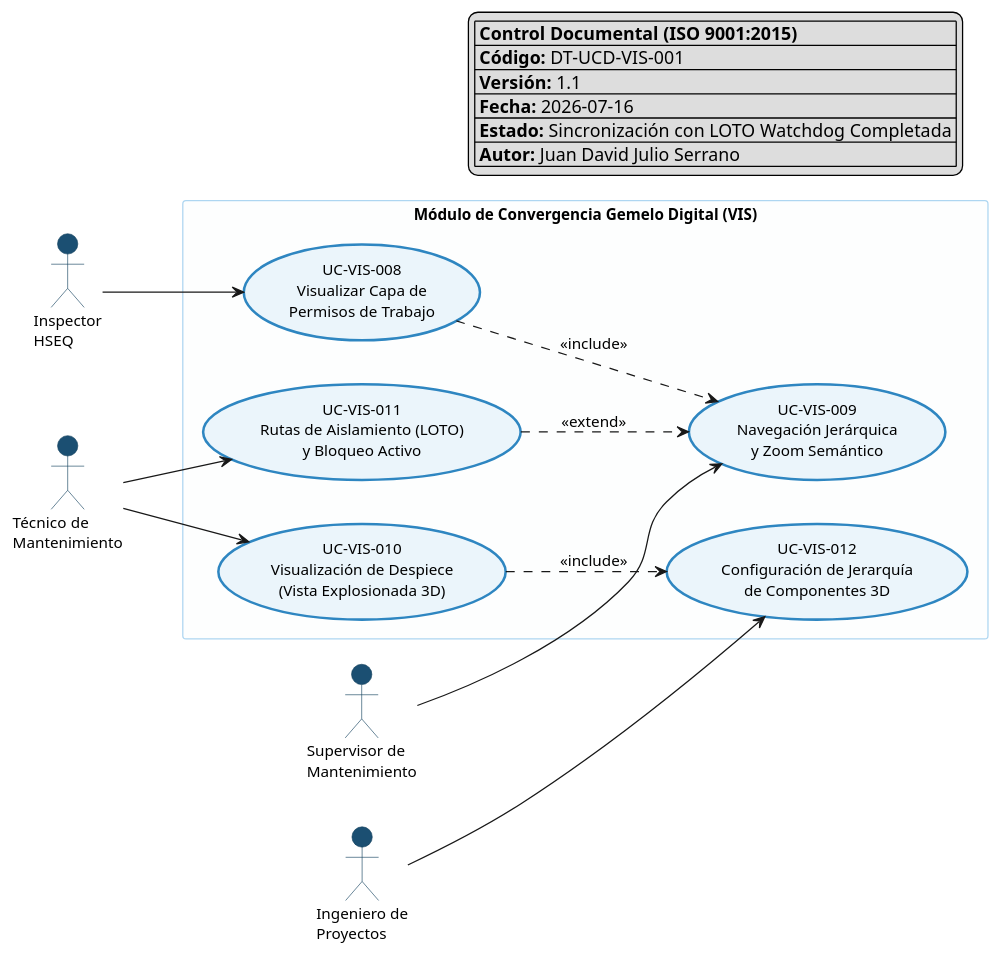
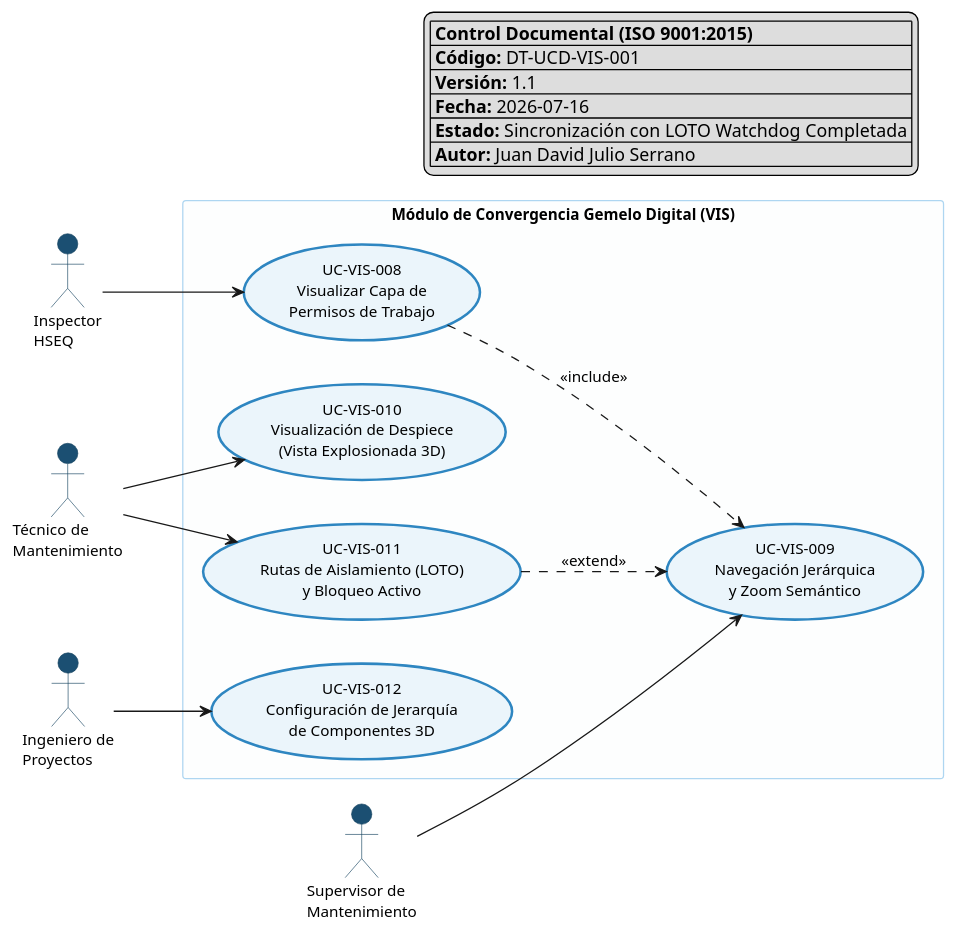
The diagram in domain-models/use-cases/vis/vis-use-cases.puml (Novav20/adso-dteam-docs), drawn with PlantUML before and after one commit. The commit also changed 5 other files, not shown here.

Commit message:
docs(use-cases): fix inconsistencies in mtto, inv and vis use case diagrams

```diff
--- a/domain-models/use-cases/vis/vis-use-cases.puml
+++ b/domain-models/use-cases/vis/vis-use-cases.puml
@@ -1,66 +1,65 @@
 @startuml VIS-UseCases
 skinparam packageStyle rectangle
 left to right direction
 
 ' --- CONFIGURACIÓN VISUAL ---
 skinparam usecase {
   BackgroundColor #EBF5FB
   BorderColor #2E86C1
   BorderThickness 2
   FontName Segoe UI
   FontSize 12
 }
 skinparam actor {
   BackgroundColor #1B4F72
   BorderColor #154360
   FontName Segoe UI
   FontSize 11
 }
 skinparam package {
   BackgroundColor #FDFEFE
   BorderColor #AED6F1
   FontName Segoe UI
   FontSize 13
   FontStyle bold
 }
 skinparam defaultFontName "Segoe UI"
 skinparam defaultFontSize 12
 
 legend top right
 |= Control Documental (ISO 9001:2015) |
 | **Código:** DT-UCD-VIS-001 |
 | **Versión:** 1.1 |
 | **Fecha:** 2026-07-16 |
 | **Estado:** Sincronización con LOTO Watchdog Completada |
 | **Autor:** Juan David Julio Serrano |
 endlegend
 
 ' --- ACTORES ---
 actor "Inspector\nHSEQ" as HSEQ #1B4F72
 actor "Técnico de\nMantenimiento" as Tecnico #1B4F72
 actor "Supervisor de\nMantenimiento" as Supervisor #1B4F72
 actor "Ingeniero de\nProyectos" as Ingeniero #1B4F72
 
 ' --- PAQUETE PRINCIPAL ---
 package "Módulo de Convergencia Gemelo Digital (VIS)" {
 
   usecase "UC-VIS-008\nVisualizar Capa de\nPermisos de Trabajo" as UCVIS008 #EBF5FB
   usecase "UC-VIS-009\nNavegación Jerárquica\ny Zoom Semántico" as UCVIS009 #EBF5FB
   usecase "UC-VIS-010\nVisualización de Despiece\n(Vista Explosionada 3D)" as UCVIS010 #EBF5FB
   usecase "UC-VIS-011\nRutas de Aislamiento (LOTO)\ny Bloqueo Activo" as UCVIS011 #EBF5FB
   usecase "UC-VIS-012\nConfiguración de Jerarquía\nde Componentes 3D" as UCVIS012 #EBF5FB
 }
 
 ' --- RELACIONES ACTOR - CASO DE USO ---
 HSEQ --> UCVIS008
 Supervisor --> UCVIS009
 Tecnico --> UCVIS010
 Tecnico --> UCVIS011
 Ingeniero --> UCVIS012
 
 ' --- RELACIONES INTER-CASOS DE USO (Include/Extend) ---
 UCVIS011 ..> UCVIS009 : <<extend>>
-UCVIS010 ..> UCVIS012 : <<include>>
 UCVIS008 ..> UCVIS009 : <<include>>
 
 @enduml
```
